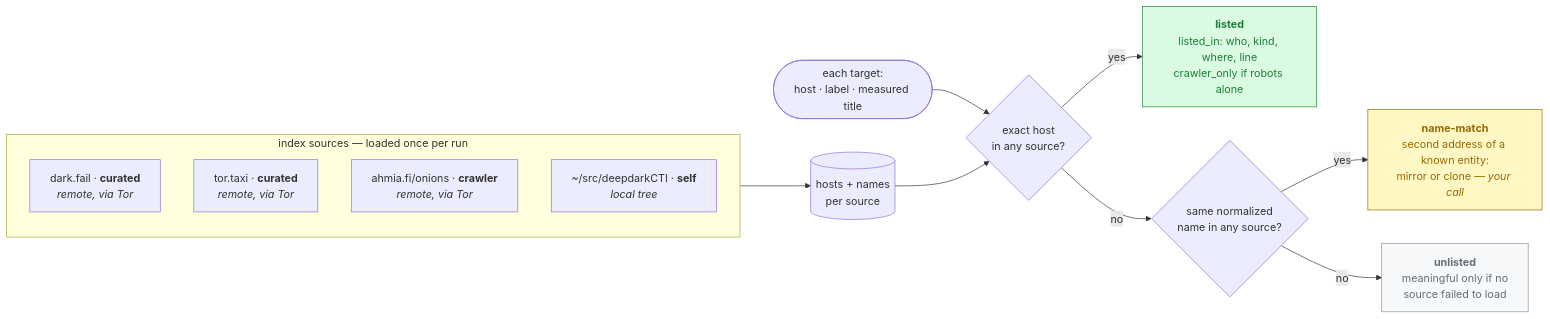
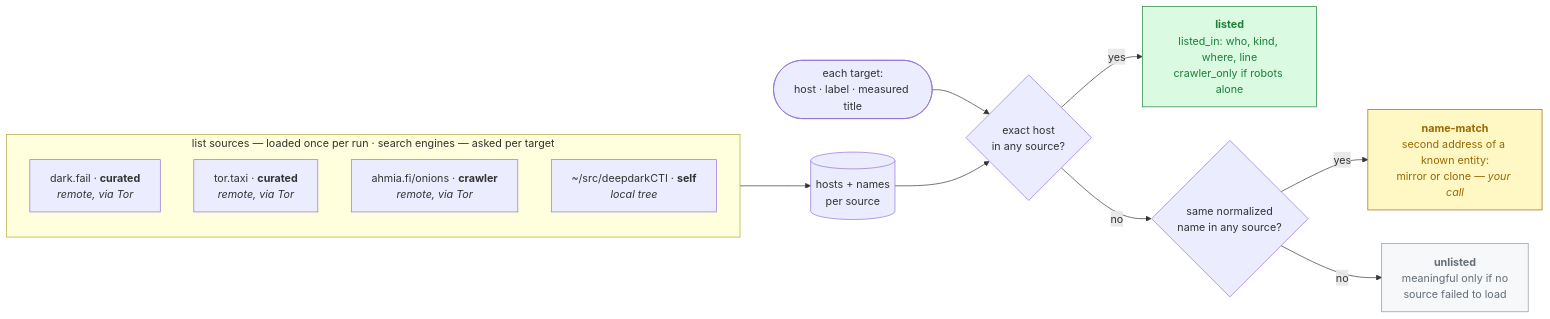
Before and after one commit to xbara0x/nullius-in-onion: the second of 2 diagrams in README.md, drawn with Mermaid. The commit also changed other lines of this file and 8 other files, not shown here.

First line of the commit message:
Add kind "search": index sources queried per target; OnionLand joins the registry

````diff
--- a/README.md
+++ b/README.md
@@ -193,23 +195,23 @@
 ```mermaid
 flowchart LR
-    subgraph sources ["index sources — loaded once per run"]
+    subgraph sources ["list sources — loaded once per run · search engines — asked per target"]
         direction TB
         S1["dark.fail · <b>curated</b><br/><i>remote, via Tor</i>"]
         S2["tor.taxi · <b>curated</b><br/><i>remote, via Tor</i>"]
         S3["ahmia.fi/onions · <b>crawler</b><br/><i>remote, via Tor</i>"]
         S4["~/src/deepdarkCTI · <b>self</b><br/><i>local tree</i>"]
     end
     sources --> IDX[(hosts + names<br/>per source)]
     T([each target:<br/>host · label · measured title]) --> Q1{exact host<br/>in any source?}
     IDX --> Q1
     Q1 -- yes --> L["<b>listed</b><br/>listed_in: who, kind, where, line<br/>crawler_only if robots alone"]
     Q1 -- no --> Q2{same normalized<br/>name in any source?}
     Q2 -- yes --> N["<b>name-match</b><br/>second address of a known entity:<br/>mirror or clone — <i>your call</i>"]
     Q2 -- no --> U["<b>unlisted</b><br/>meaningful only if no<br/>source failed to load"]
     classDef good fill:#dafbe1,stroke:#1a7f37,color:#1a7f37
     classDef warn fill:#fff8c5,stroke:#9a6700,color:#9a6700
     classDef dim fill:#f6f8fa,stroke:#8b949e,color:#656d76
     class L good
     class N warn
     class U dim
 ```
````
